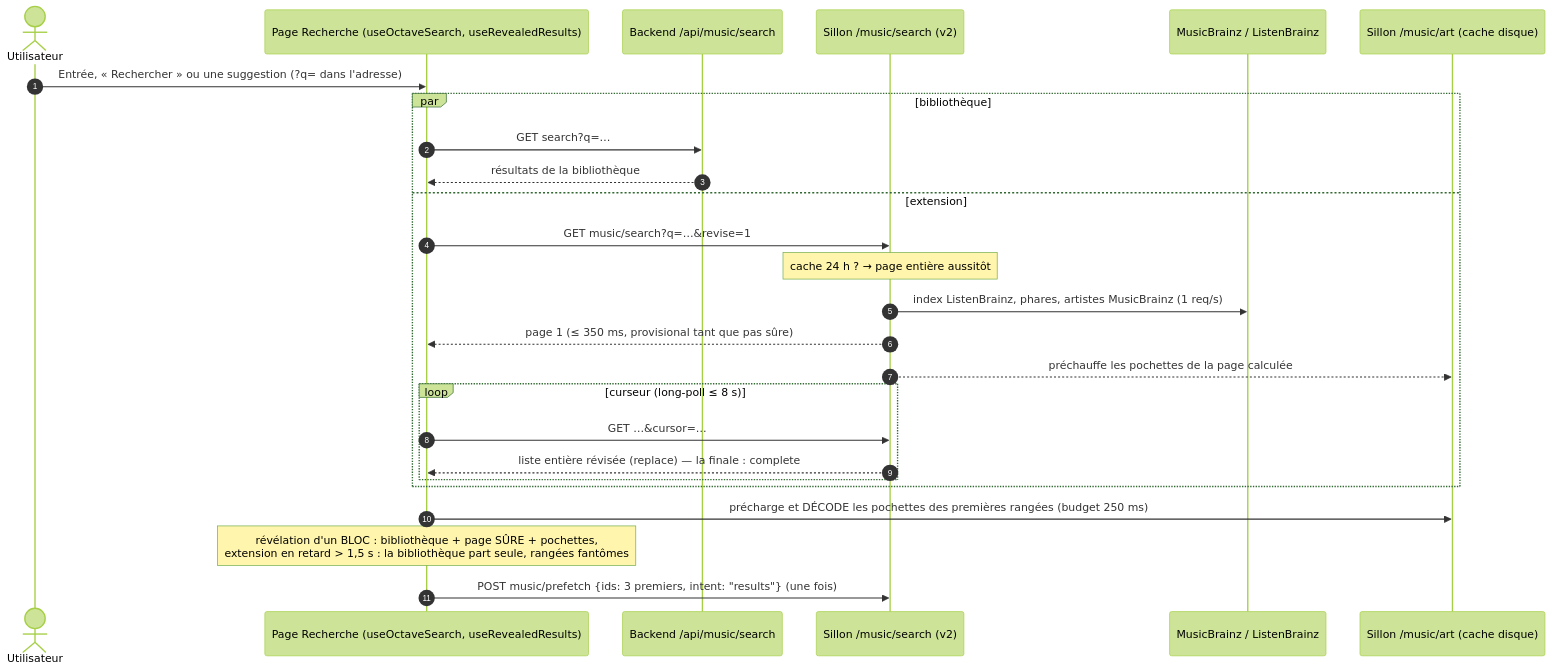
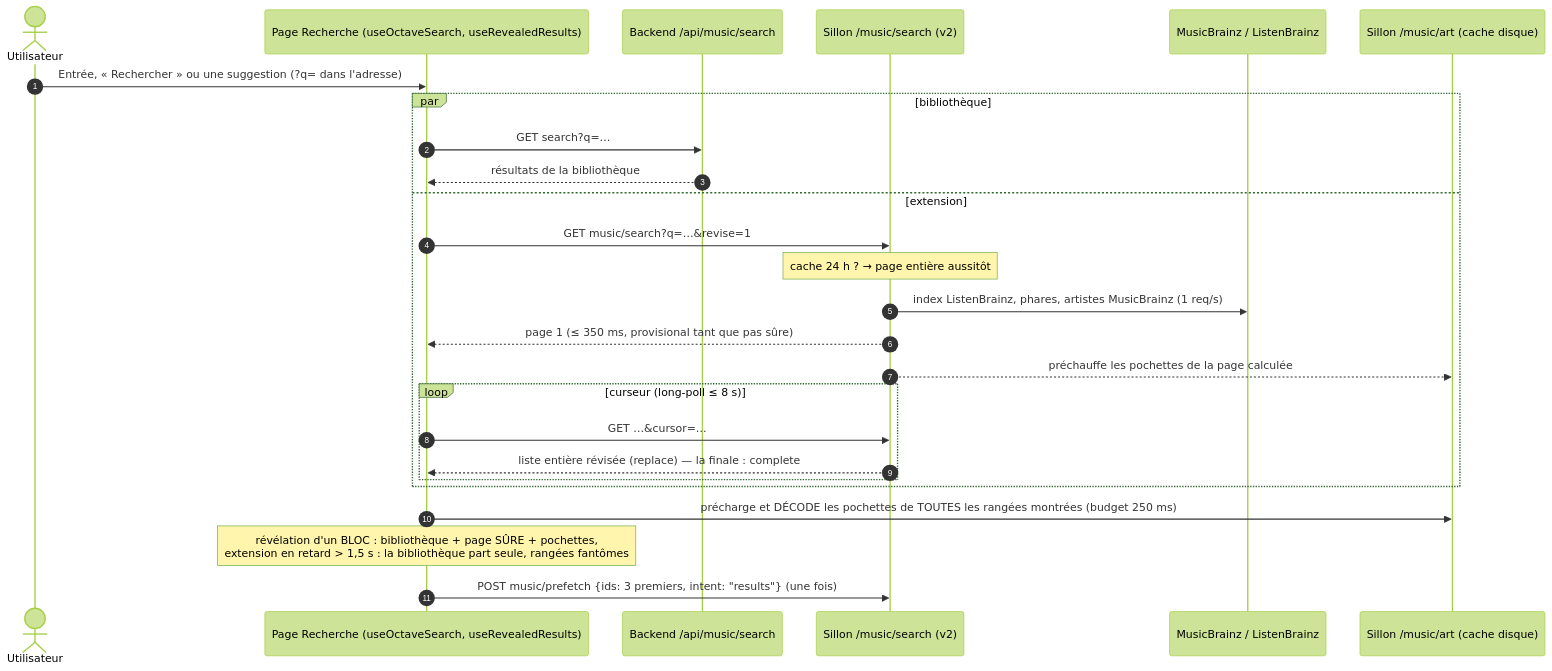
One commit to Knaox/Tentacle-TV changed the third of 8 diagrams in docs/octave/CARTOGRAPHIE.md. Above: the diagram before and after it, drawn with Mermaid (forest theme). The commit also changed other lines of this file and 1 other file, not shown here.

Commit message:
docs(octave) : cartographie à jour de l'intégration 886182f61 / b725288 — album et contexte d'appareil, pochettes de toutes les rangées, ListenBrainz sans jeton

````diff
--- a/docs/octave/CARTOGRAPHIE.md
+++ b/docs/octave/CARTOGRAPHIE.md
@@ -343,28 +343,28 @@
 ```mermaid
 sequenceDiagram
   autonumber
   actor U as Utilisateur
   participant P as Page Recherche (useOctaveSearch, useRevealedResults)
   participant Core as Backend /api/music/search
   participant S as Sillon /music/search (v2)
   participant MB as MusicBrainz / ListenBrainz
   participant Art as Sillon /music/art (cache disque)
   U->>P: Entrée, « Rechercher » ou une suggestion (?q= dans l'adresse)
   par bibliothèque
     P->>Core: GET search?q=…
     Core-->>P: résultats de la bibliothèque
   and extension
     P->>S: GET music/search?q=…&revise=1
     Note over S: cache 24 h ? → page entière aussitôt
     S->>MB: index ListenBrainz, phares, artistes MusicBrainz (1 req/s)
     S-->>P: page 1 (≤ 350 ms, provisional tant que pas sûre)
     S-->>Art: préchauffe les pochettes de la page calculée
     loop curseur (long-poll ≤ 8 s)
       P->>S: GET …&cursor=…
       S-->>P: liste entière révisée (replace) — la finale : complete
     end
   end
-  P->>Art: précharge et DÉCODE les pochettes des premières rangées (budget 250 ms)
+  P->>Art: précharge et DÉCODE les pochettes de TOUTES les rangées montrées (budget 250 ms)
   Note over P: révélation d'un BLOC : bibliothèque + page SÛRE + pochettes,<br/>extension en retard > 1,5 s : la bibliothèque part seule, rangées fantômes
   P->>S: POST music/prefetch {ids: 3 premiers, intent: "results"} (une fois)
 ```
````
